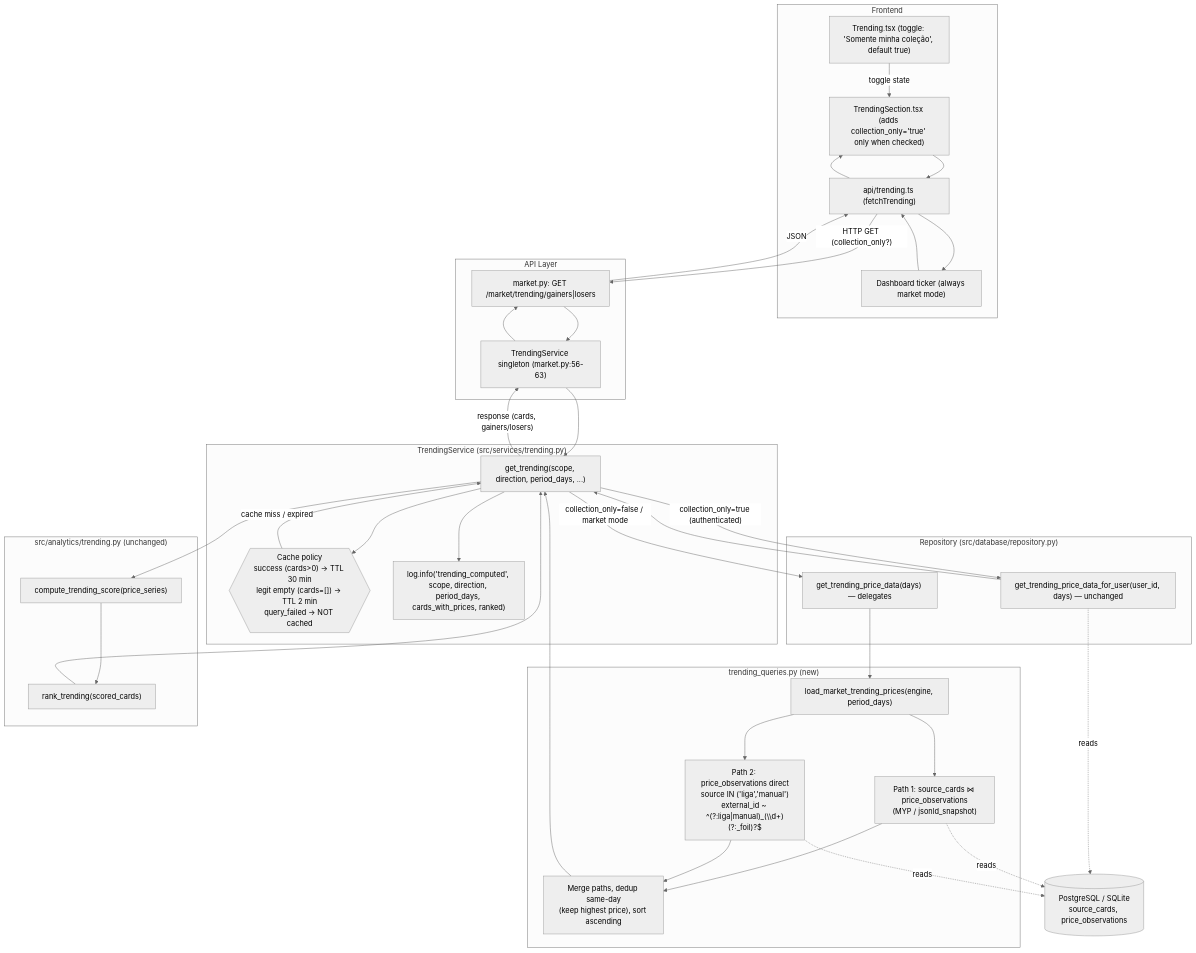
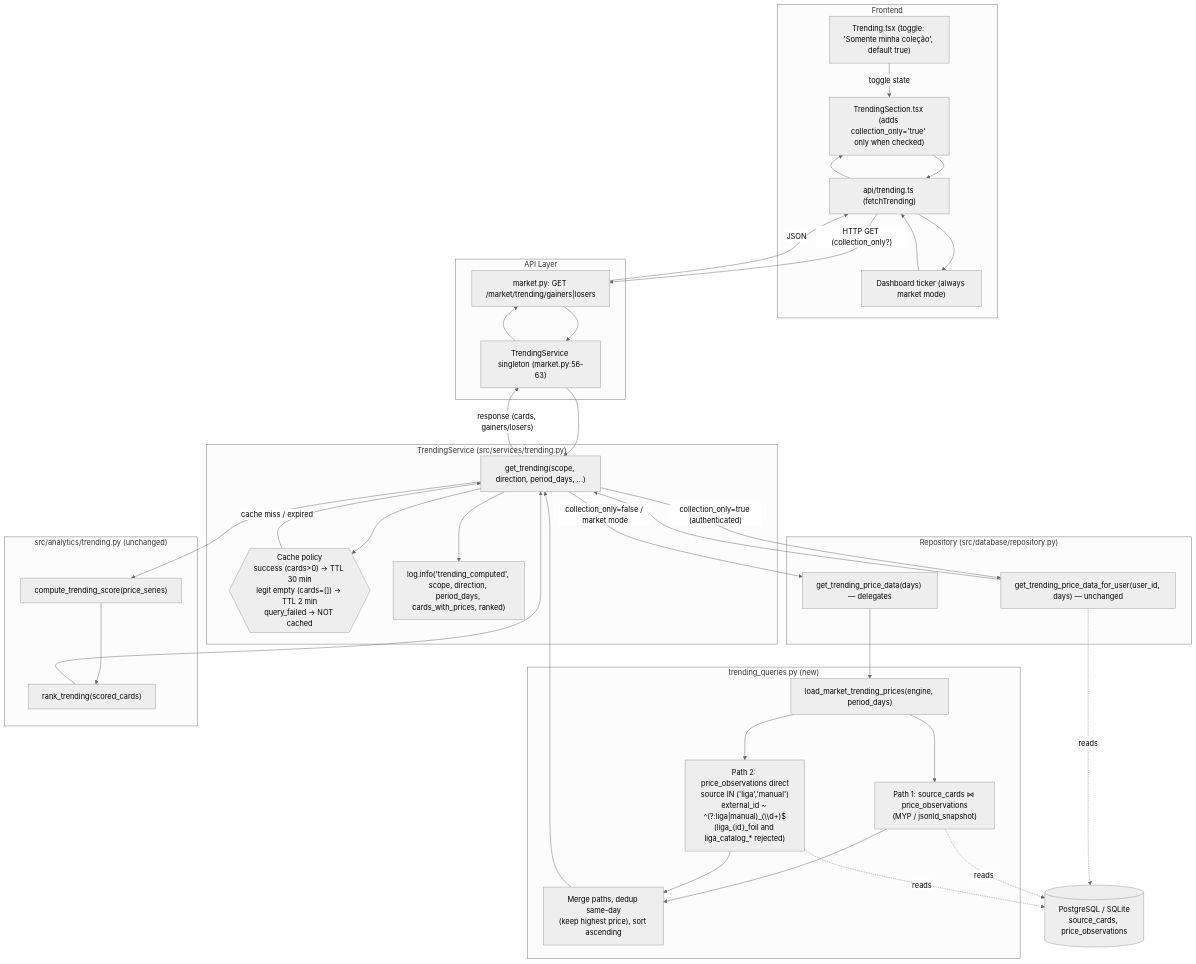
Before and after one commit to eduardodidio/TCG-market-intelligence: the diagram in docs/diagrams/F175-architecture.mmd, drawn with Mermaid (neutral theme). The commit also changed 5 other files, not shown here.

```diff
--- a/docs/diagrams/F175-architecture.mmd
+++ b/docs/diagrams/F175-architecture.mmd
@@ -1,67 +1,67 @@
 %% F175 — Tendências: market mode data flow (component / data-flow)
 flowchart TD
   subgraph Frontend["Frontend"]
     TREND["Trending.tsx (toggle: 'Somente minha coleção', default true)"]
     SECTION["TrendingSection.tsx (adds collection_only='true' only when checked)"]
     API_CLIENT["api/trending.ts (fetchTrending)"]
     DASH["Dashboard ticker (always market mode)"]
   end
 
   subgraph API["API Layer"]
     ROUTER["market.py: GET /market/trending/gainers|losers"]
     SINGLETON["TrendingService singleton (market.py:56-63)"]
   end
 
   subgraph Service["TrendingService (src/services/trending.py)"]
     GETTREND["get_trending(scope, direction, period_days, ...)"]
     CACHE{{"Cache policy\nsuccess (cards>0) → TTL 30 min\nlegit empty (cards=[]) → TTL 2 min\nquery_failed → NOT cached"}}
     LOG["log.info('trending_computed', scope, direction, period_days, cards_with_prices, ranked)"]
   end
 
   subgraph Repo["Repository (src/database/repository.py)"]
     GETMARKET["get_trending_price_data(days) — delegates"]
     GETUSER["get_trending_price_data_for_user(user_id, days) — unchanged"]
   end
 
   subgraph Query["trending_queries.py (new)"]
     LOADMARKET["load_market_trending_prices(engine, period_days)"]
     PATH1["Path 1: source_cards ⋈ price_observations\n(MYP / jsonld_snapshot)"]
-    PATH2["Path 2: price_observations direct\nsource IN ('liga','manual')\nexternal_id ~ ^(?:liga|manual)_(\\d+)(?:_foil)?$"]
+    PATH2["Path 2: price_observations direct\nsource IN ('liga','manual')\nexternal_id ~ ^(?:liga|manual)_(\\d+)$\n(liga_{id}_foil and liga_catalog_* rejected)"]
     MERGE["Merge paths, dedup same-day\n(keep highest price), sort ascending"]
   end
 
   subgraph Analytics["src/analytics/trending.py (unchanged)"]
     SCORE["compute_trending_score(price_series)"]
     RANK["rank_trending(scored_cards)"]
   end
 
   DB[("PostgreSQL / SQLite\nsource_cards, price_observations")]
 
   TREND -->|"toggle state"| SECTION
   SECTION --> API_CLIENT
   DASH --> API_CLIENT
   API_CLIENT -->|"HTTP GET (collection_only?)"| ROUTER
   ROUTER --> SINGLETON
   SINGLETON --> GETTREND
   GETTREND --> CACHE
   CACHE -->|"cache miss / expired"| GETTREND
   GETTREND -->|"collection_only=true (authenticated)"| GETUSER
   GETTREND -->|"collection_only=false / market mode"| GETMARKET
   GETMARKET --> LOADMARKET
   LOADMARKET --> PATH1
   LOADMARKET --> PATH2
   PATH1 --> MERGE
   PATH2 --> MERGE
   PATH1 -.->|reads| DB
   PATH2 -.->|reads| DB
   GETUSER -.->|reads| DB
   MERGE --> GETTREND
   GETUSER --> GETTREND
   GETTREND --> SCORE --> RANK
   RANK --> GETTREND
   GETTREND --> LOG
   GETTREND -->|"response (cards, gainers/losers)"| SINGLETON
   SINGLETON --> ROUTER
   ROUTER -->|"JSON"| API_CLIENT
   API_CLIENT --> SECTION
   API_CLIENT --> DASH
```
